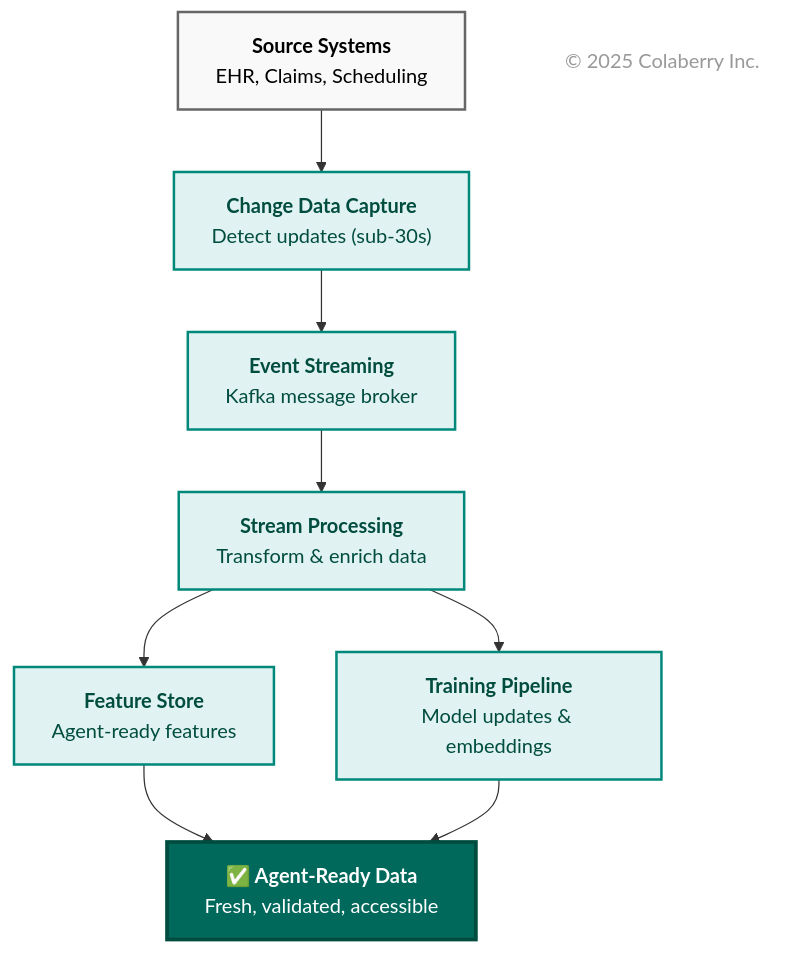
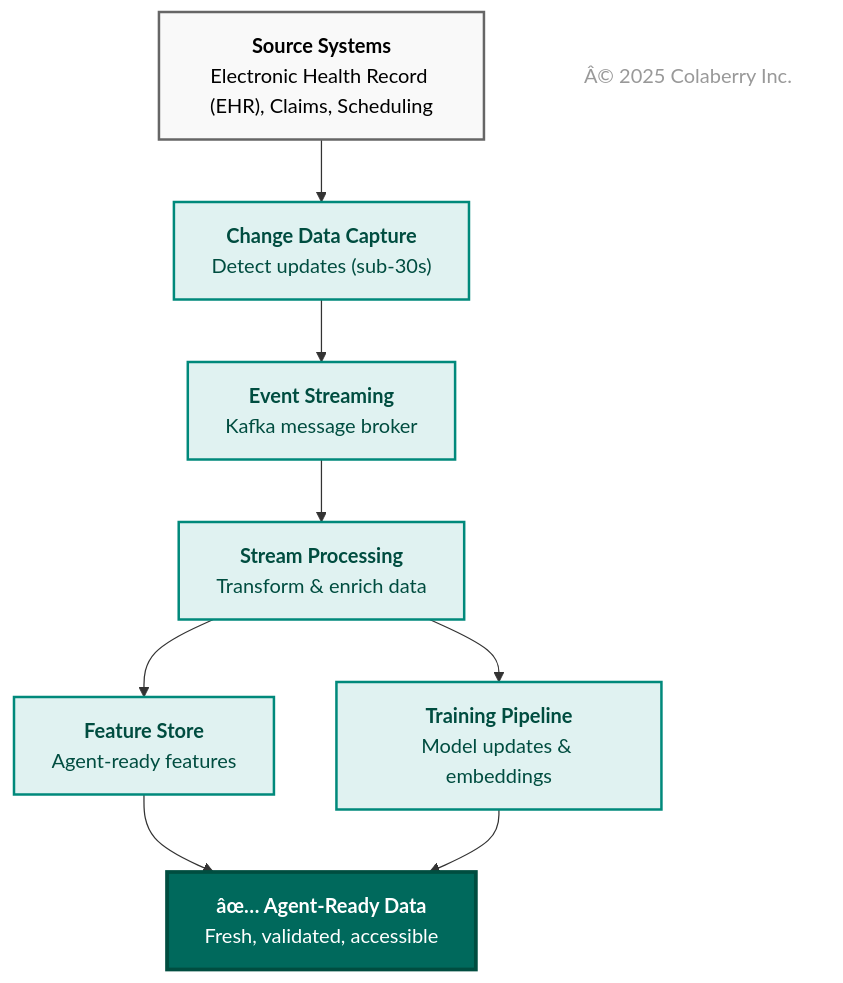
One commit to colaberry/enterprise-data-readiness-ai-agents changed the fifth of 18 diagrams in chapter-01/chapter_1_complete.md. Above: the diagram before and after it, drawn with Mermaid. The commit also changed other lines of this file and 24 other files, not shown here.

````diff
--- a/chapter-01/chapter_1_complete.md
+++ b/chapter-01/chapter_1_complete.md
@@ -680,40 +685,40 @@
 ```mermaid
 graph TB
-    S["<b>Source Systems</b><br/>EHR, Claims, Scheduling"]
+    S["<b>Source Systems</b><br/>Electronic Health Record (EHR), Claims, Scheduling"]
     
     CDC["<b>Change Data Capture</b><br/>Detect updates (sub-30s)"]
     
     STREAM["<b>Event Streaming</b><br/>Kafka message broker"]
     
     PROC["<b>Stream Processing</b><br/>Transform & enrich data"]
     
     FS["<b>Feature Store</b><br/>Agent-ready features"]
     
     TRAIN["<b>Training Pipeline</b><br/>Model updates & embeddings"]
     
-    READY["<b>✅ Agent-Ready Data</b><br/>Fresh, validated, accessible"]
+    READY["<b>âœ… Agent-Ready Data</b><br/>Fresh, validated, accessible"]
     
     S --> CDC
     CDC --> STREAM
     STREAM --> PROC
     PROC --> FS
     PROC --> TRAIN
     FS --> READY
     TRAIN --> READY
     
     %% Link styling
     
     style S fill:#f9f9f9,stroke:#666666,stroke-width:2px,color:#000000
     style CDC fill:#e0f2f1,stroke:#00897b,stroke-width:2px,color:#004d40
     style STREAM fill:#e0f2f1,stroke:#00897b,stroke-width:2px,color:#004d40
     style PROC fill:#e0f2f1,stroke:#00897b,stroke-width:2px,color:#004d40
     style FS fill:#e0f2f1,stroke:#00897b,stroke-width:2px,color:#004d40
     style TRAIN fill:#e0f2f1,stroke:#00897b,stroke-width:2px,color:#004d40
 
     %% Copyright Notice
-    CR["© 2025 Colaberry Inc."]
+    CR["Â© 2025 Colaberry Inc."]
 
     style READY fill:#00695c,color:#ffffff,stroke:#004d40,stroke-width:3px
     style CR fill:none,stroke:none,color:#999999
 
 ```
````
